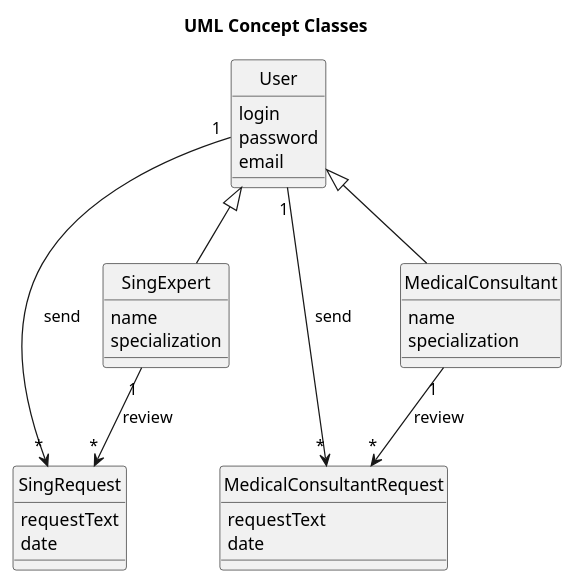
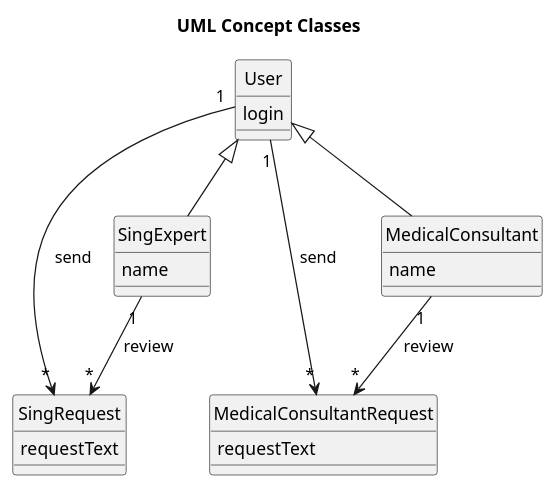
The diagram in 2-SoftwareDesign/2.7-PlantUML/UML-ConceptClasses.puml (oleksandrblazhko/ai-214-ermolaev), drawn with PlantUML before and after one commit.

```diff
--- a/2-SoftwareDesign/2.7-PlantUML/UML-ConceptClasses.puml
+++ b/2-SoftwareDesign/2.7-PlantUML/UML-ConceptClasses.puml
@@ -1,39 +1,33 @@
 @startuml
 
 hide circle
 title UML Concept Classes
 
 Class User {
     login
-    password
-    email
 }
 
 Class SingRequest {
     requestText
-    date
 }
 
 Class SingExpert {
     name
-    specialization
 }
 
 Class MedicalConsultantRequest {
     requestText
-    date
 }
 
 Class MedicalConsultant {
     name
-    specialization
 }
 
 User <|-- SingExpert
 User"1" --> "*"SingRequest : send
 SingExpert"1" --> "*"SingRequest : review
 User <|-- MedicalConsultant
 User"1" --> "*"MedicalConsultantRequest : send
 MedicalConsultant"1" --> "*"MedicalConsultantRequest : review
 
 @enduml
```
